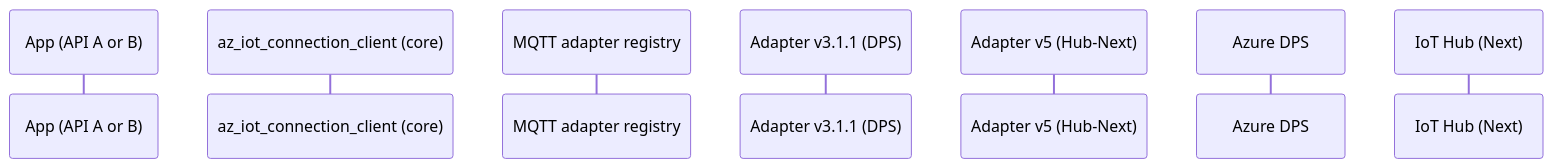
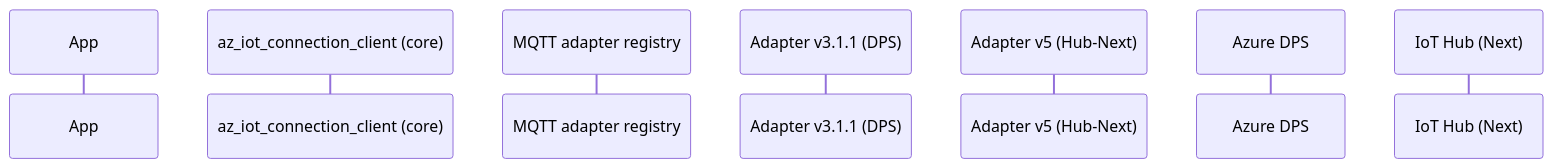
One commit to Azure/azure-iot-sdk changed the second of 4 diagrams in c/docs/design.md. Above: the diagram before and after it, drawn with Mermaid. The commit also changed other lines of this file and 11 other files, not shown here.

First line of the commit message:
Remove the last remnants of the "easy" API B layer

````diff
--- a/c/docs/design.md
+++ b/c/docs/design.md
@@ -123,14 +118,11 @@
 ```mermaid
 sequenceDiagram
     autonumber
-    participant App as App (API A or B)
-    %% participant Easy as az_iot_easy / feature clients
+    participant App as App
     participant Conn as az_iot_connection_client (core)
     participant Reg as MQTT adapter registry
     participant M3 as Adapter v3.1.1 (DPS)
     participant M5 as Adapter v5 (Hub-Next)
     participant DPS as Azure DPS
     participant Hub as IoT Hub (Next)
-
-    %% API B (easy) sequence removed in remove-easy-api branch
 ```
````
